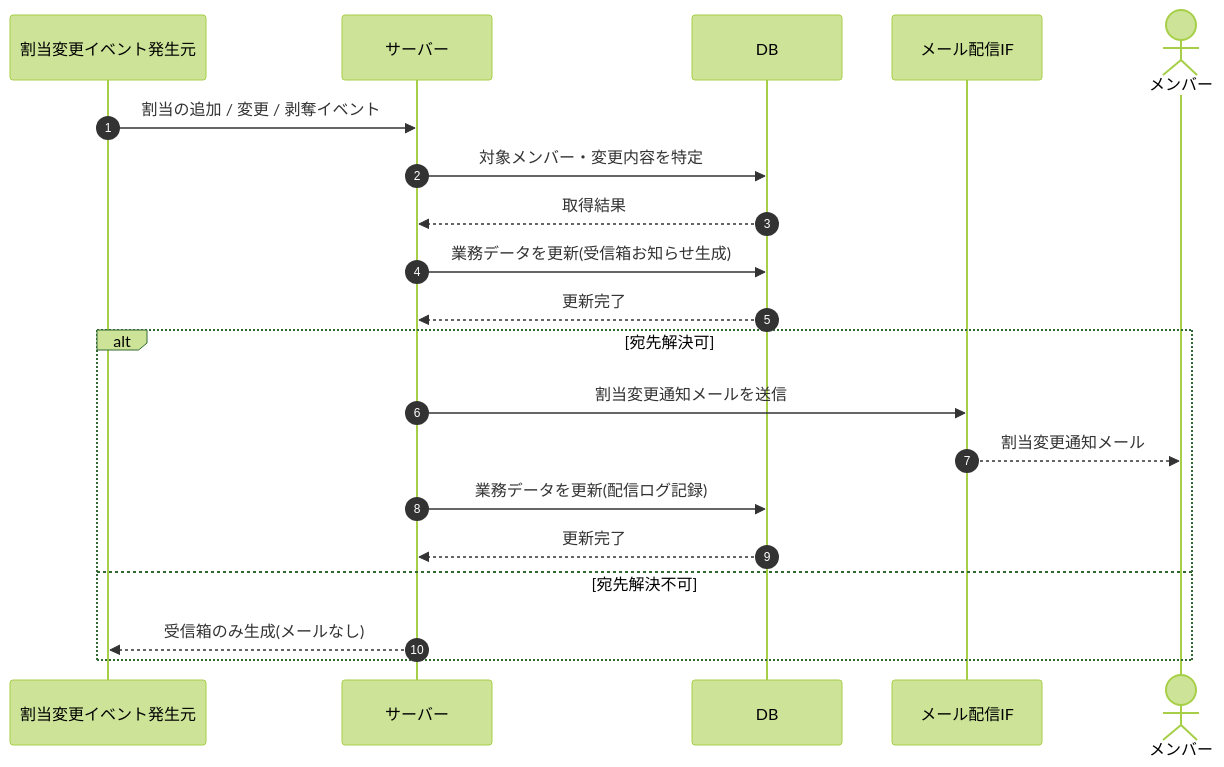
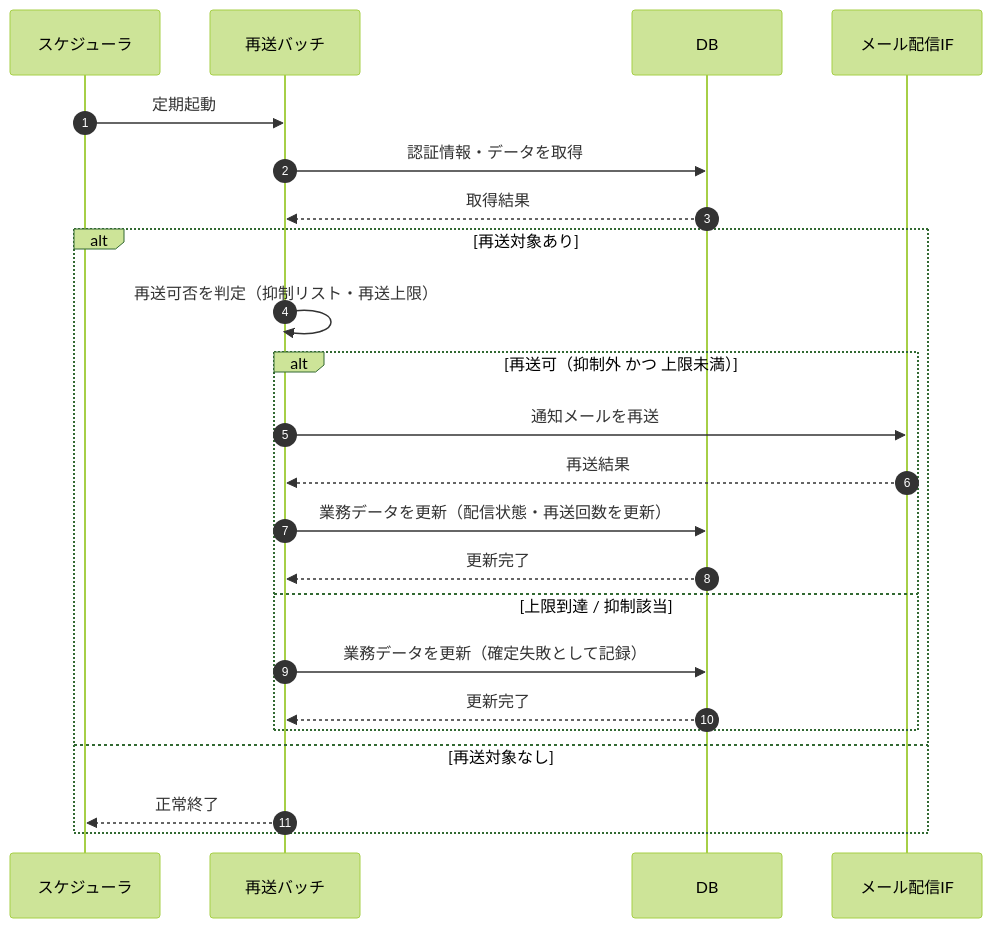
Before and after one commit to sikakou54/open-faq: the diagram in 02_basic_design/03_sequences/SEQ-096.md, drawn with Mermaid (forest theme). The commit also changed other lines of this file and 395 other files, not shown here.

````diff
--- a/02_basic_design/03_sequences/SEQ-096.md
+++ b/02_basic_design/03_sequences/SEQ-096.md
@@ -25,22 +25,25 @@
 ```mermaid
 sequenceDiagram
   autonumber
-  participant E as 割当変更イベント発生元
-  participant Server as サーバー
+  participant SCH as スケジューラ
+  participant B as 再送バッチ
   participant DB as DB
   participant MAIL as メール配信IF
-  actor M as メンバー
-  E->>Server: 割当の追加 / 変更 / 剥奪イベント
-  Server->>DB: 対象メンバー・変更内容を特定
-  DB-->>Server: 取得結果
-  Server->>DB: 業務データを更新(受信箱お知らせ生成)
-  DB-->>Server: 更新完了
-  alt 宛先解決可
-    Server->>MAIL: 割当変更通知メールを送信
-    MAIL-->>M: 割当変更通知メール
-    Server->>DB: 業務データを更新(配信ログ記録)
-    DB-->>Server: 更新完了
-  else 宛先解決不可
-    Server-->>E: 受信箱のみ生成(メールなし)
+  SCH->>B: 定期起動
+  B->>DB: 認証情報・データを取得
+  DB-->>B: 取得結果
+  alt 再送対象あり
+    B->>B: 再送可否を判定（抑制リスト・再送上限）
+    alt 再送可（抑制外 かつ 上限未満）
+      B->>MAIL: 通知メールを再送
+      MAIL-->>B: 再送結果
+      B->>DB: 業務データを更新（配信状態・再送回数を更新）
+      DB-->>B: 更新完了
+    else 上限到達 / 抑制該当
+      B->>DB: 業務データを更新（確定失敗として記録）
+      DB-->>B: 更新完了
+    end
+  else 再送対象なし
+    B-->>SCH: 正常終了
   end
 ```
````
